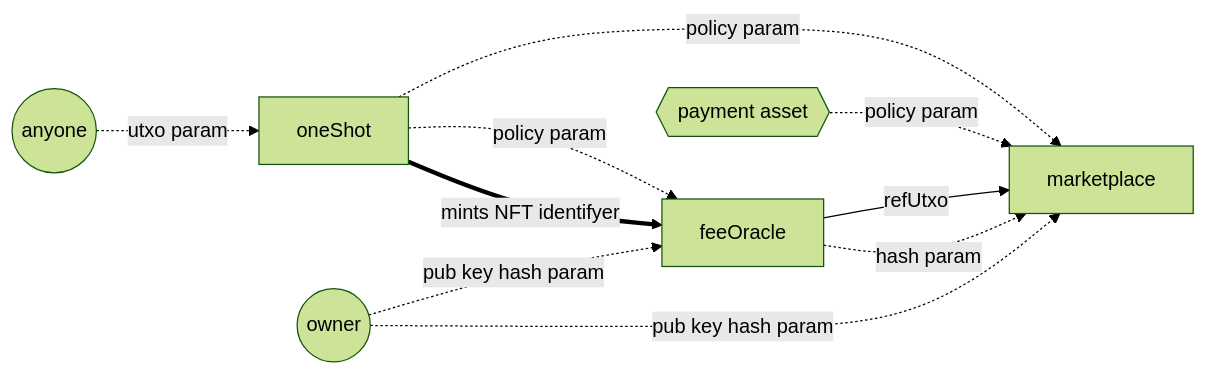
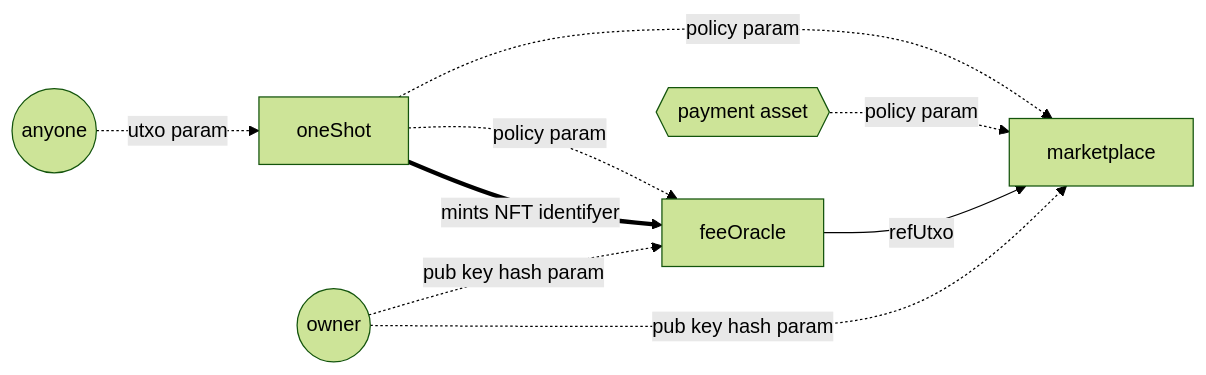
Before and after one commit to empowa-io/ecosystem-marketplace: the diagram in docs/README.md, drawn with Mermaid (forest theme). The commit also changed other lines of this file, not shown here.

Commit message:
memraid flowchart

````diff
--- a/docs/README.md
+++ b/docs/README.md
@@ -41,25 +40,24 @@
 ```mermaid
 flowchart LR
     oneShot
     feeOracle
     marketplace
     owner((owner))
     anyone((anyone))
     token{{payment asset}}
 
 
     oneShot ==> |mints NFT identifyer| feeOracle
     oneShot -. policy param .-> feeOracle
 
     anyone -. utxo param .-> oneShot
     owner -. pub key hash param .-> marketplace
 
     oneShot -. policy param .-> marketplace
     
     owner -. pub key hash param .-> feeOracle
 
-    feeOracle -. hash param .-> marketplace
     feeOracle --> |refUtxo| marketplace
     
     token -. policy param .-> marketplace
 ```
````
